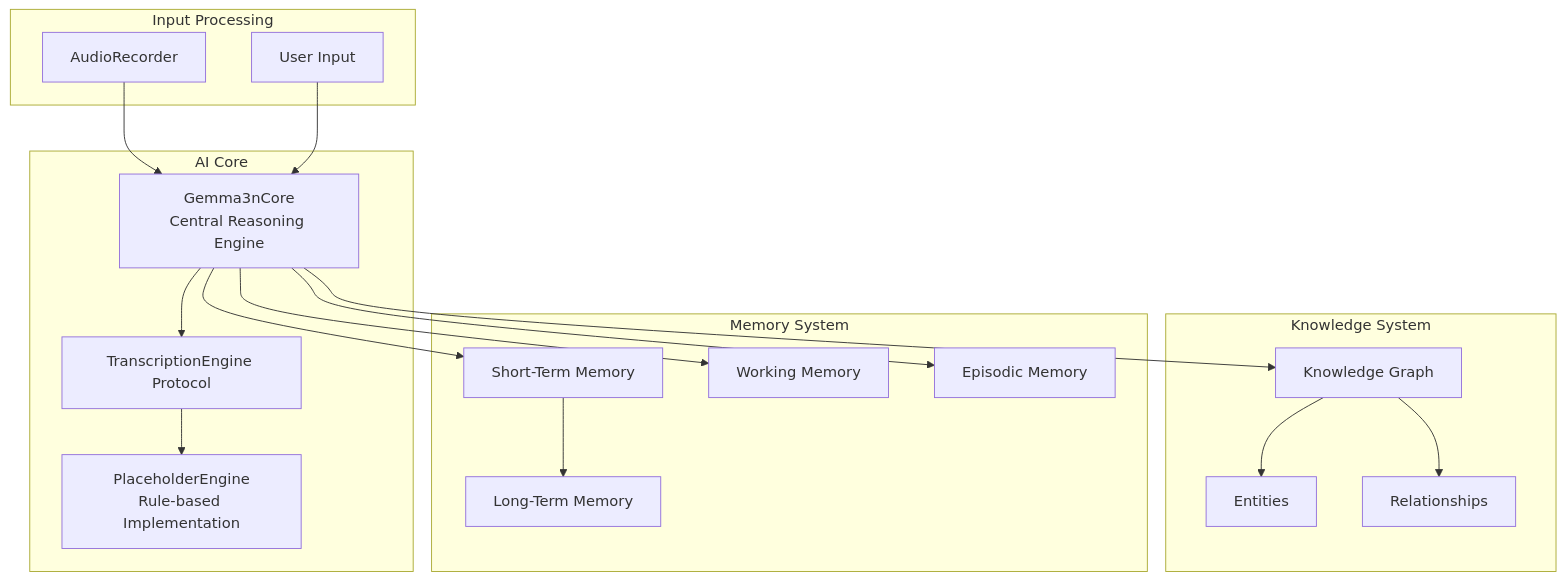
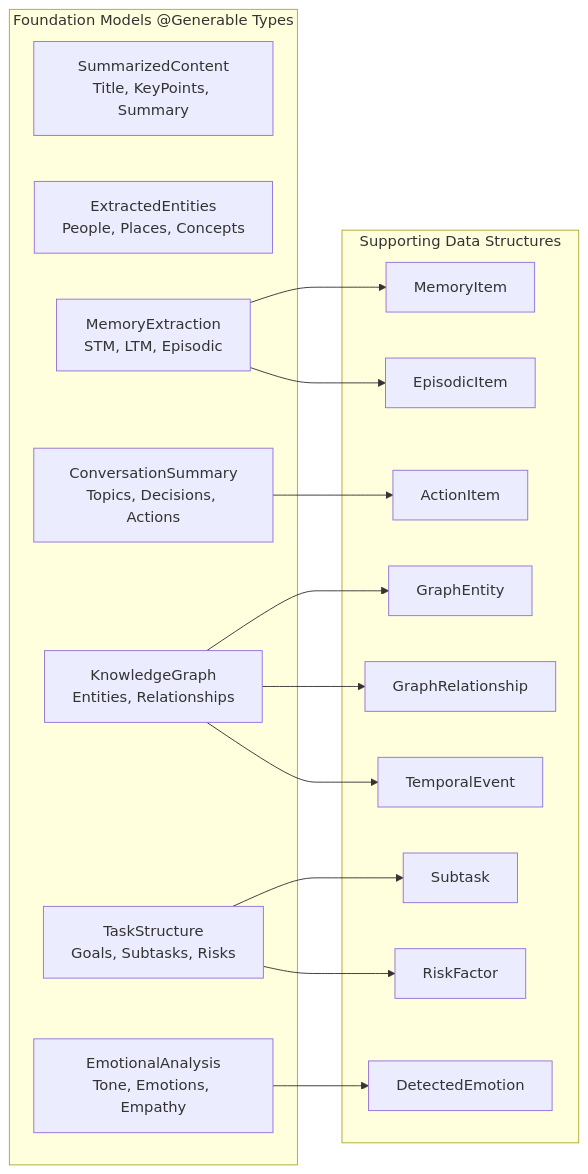
Before and after one commit to likesjx/ProjectOne: the second of 6 diagrams in docs/architecture/SYSTEM_ARCHITECTURE_OVERVIEW.md, drawn with Mermaid. The commit also changed other lines of this file and 19 other files, not shown here.

````diff
--- a/docs/architecture/SYSTEM_ARCHITECTURE_OVERVIEW.md
+++ b/docs/architecture/SYSTEM_ARCHITECTURE_OVERVIEW.md
@@ -45,41 +104,34 @@
 ```mermaid
-graph TB
-    subgraph "AI Core"
-        GC[Gemma3nCore<br/>Central Reasoning Engine]
-        TE[TranscriptionEngine Protocol]
-        PE[PlaceholderEngine<br/>Rule-based Implementation]
-        
-        GC --> TE
-        TE --> PE
+graph LR
+    subgraph "Foundation Models @Generable Types"
+        SUM[SummarizedContent<br/>Title, KeyPoints, Summary]
+        ENT[ExtractedEntities<br/>People, Places, Concepts]
+        MEM[MemoryExtraction<br/>STM, LTM, Episodic]
+        CONV[ConversationSummary<br/>Topics, Decisions, Actions]
+        KG[KnowledgeGraph<br/>Entities, Relationships]
+        TASK[TaskStructure<br/>Goals, Subtasks, Risks]
+        EMO[EmotionalAnalysis<br/>Tone, Emotions, Empathy]
     end
     
-    subgraph "Input Processing"
-        AR[AudioRecorder]
-        UI[User Input]
-        
-        AR --> GC
-        UI --> GC
+    subgraph "Supporting Data Structures"
+        MI[MemoryItem]
+        EI[EpisodicItem]
+        AI[ActionItem]
+        GE[GraphEntity]
+        GR[GraphRelationship]
+        TE[TemporalEvent]
+        ST[Subtask]
+        RF[RiskFactor]
+        DE[DetectedEmotion]
     end
     
-    subgraph "Knowledge System"
-        KG[Knowledge Graph]
-        ENT[Entities]
-        REL[Relationships]
-        
-        GC --> KG
-        KG --> ENT
-        KG --> REL
-    end
-    
-    subgraph "Memory System"
-        STM[Short-Term Memory]
-        LTM[Long-Term Memory]
-        WM[Working Memory]
-        EM[Episodic Memory]
-        
-        GC --> STM
-        STM --> LTM
-        GC --> WM
-        GC --> EM
-    end
+    MEM --> MI
+    MEM --> EI
+    CONV --> AI
+    KG --> GE
+    KG --> GR
+    KG --> TE
+    TASK --> ST
+    TASK --> RF
+    EMO --> DE
 ```
````
